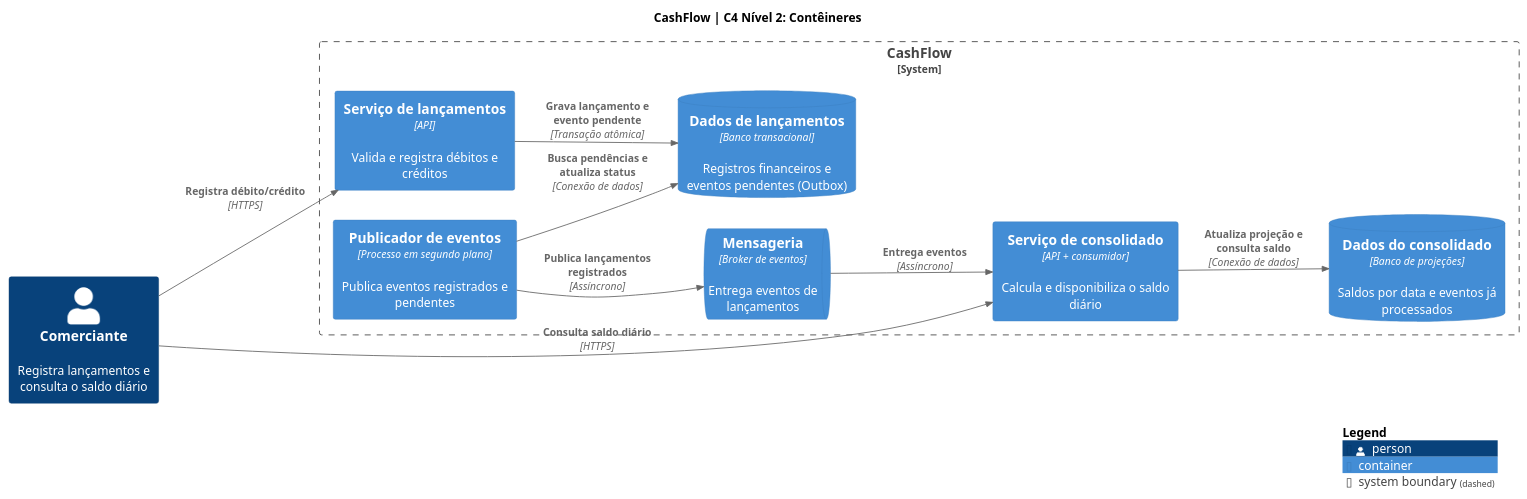
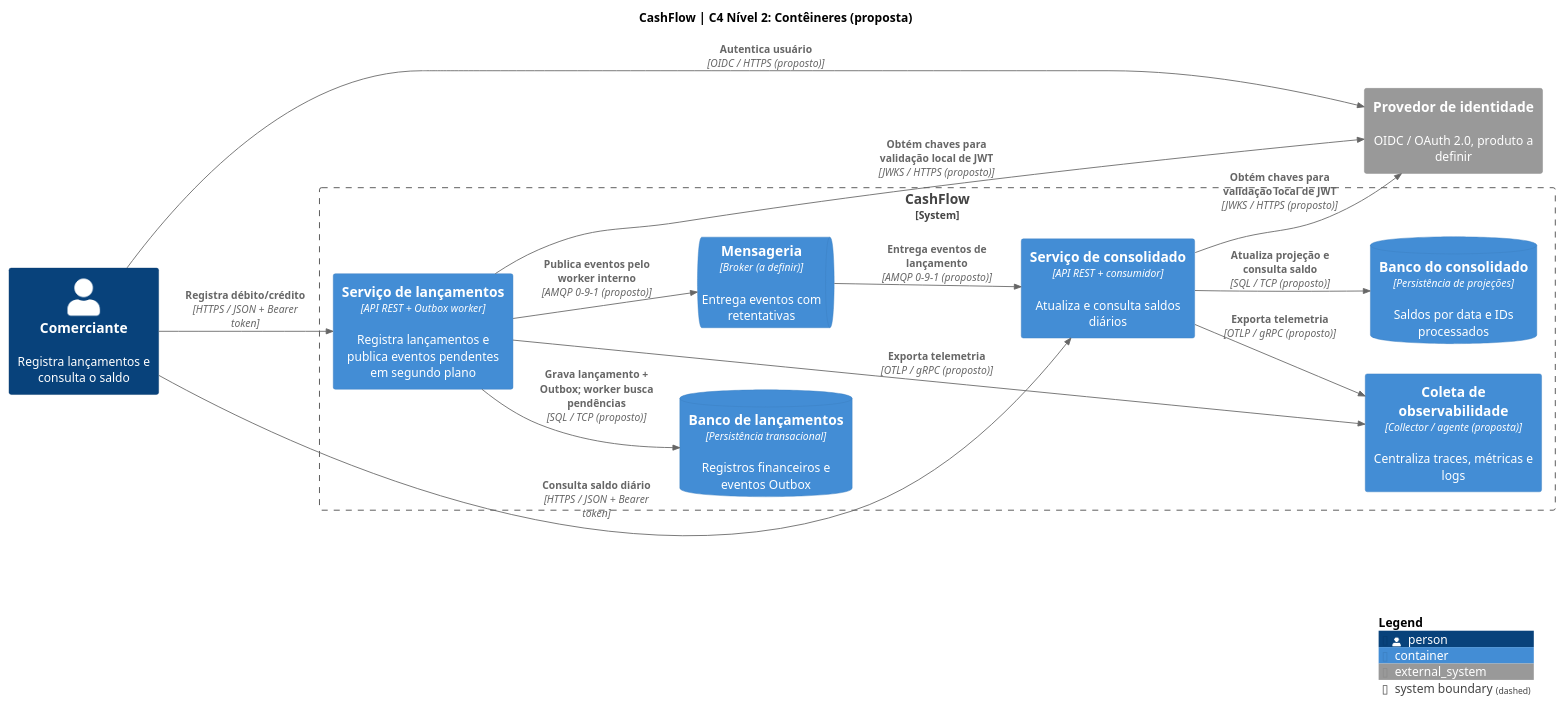
One commit to wolwerr/CashFlow-Architecture changed the diagram in docs/architecture/c4-containers.puml. Above: the diagram before and after it, drawn with PlantUML.

Commit message:
docs(architecture): embed outbox worker and proposed protocols/security/telemetry (#6)

```diff
--- a/docs/architecture/c4-containers.puml
+++ b/docs/architecture/c4-containers.puml
@@ -1,22 +1,27 @@
 @startuml CashFlow_Containers
 !include <C4/C4_Container>
-title CashFlow | C4 Nível 2: Contêineres
+title CashFlow | C4 Nível 2: Contêineres (proposta)
 LAYOUT_LEFT_RIGHT()
-Person(comerciante, "Comerciante", "Registra lançamentos e consulta o saldo diário")
+Person(comerciante, "Comerciante", "Registra lançamentos e consulta o saldo")
+System_Ext(identidade, "Provedor de identidade", "OIDC / OAuth 2.0, produto a definir")
 System_Boundary(cashflow, "CashFlow") {
-  Container(lancamentos, "Serviço de lançamentos", "API", "Valida e registra débitos e créditos")
-  ContainerDb(db_lancamentos, "Dados de lançamentos", "Banco transacional", "Registros financeiros e eventos pendentes (Outbox)")
-  Container(publicador, "Publicador de eventos", "Processo em segundo plano", "Publica eventos registrados e pendentes")
-  ContainerQueue(mensageria, "Mensageria", "Broker de eventos", "Entrega eventos de lançamentos")
-  Container(consolidado, "Serviço de consolidado", "API + consumidor", "Calcula e disponibiliza o saldo diário")
-  ContainerDb(db_consolidado, "Dados do consolidado", "Banco de projeções", "Saldos por data e eventos já processados")
+  Container(lancamentos, "Serviço de lançamentos", "API REST + Outbox worker", "Registra lançamentos e publica eventos pendentes em segundo plano")
+  ContainerDb(db_lancamentos, "Banco de lançamentos", "Persistência transacional", "Registros financeiros e eventos Outbox")
+  ContainerQueue(mensageria, "Mensageria", "Broker (a definir)", "Entrega eventos com retentativas")
+  Container(consolidado, "Serviço de consolidado", "API REST + consumidor", "Atualiza e consulta saldos diários")
+  ContainerDb(db_consolidado, "Banco do consolidado", "Persistência de projeções", "Saldos por data e IDs processados")
+  Container(telemetria, "Coleta de observabilidade", "Collector / agente (proposta)", "Centraliza traces, métricas e logs")
 }
-Rel(comerciante, lancamentos, "Registra débito/crédito", "HTTPS")
-Rel(comerciante, consolidado, "Consulta saldo diário", "HTTPS")
-Rel(lancamentos, db_lancamentos, "Grava lançamento e evento pendente", "Transação atômica")
-Rel(publicador, db_lancamentos, "Busca pendências e atualiza status", "Conexão de dados")
-Rel(publicador, mensageria, "Publica lançamentos registrados", "Assíncrono")
-Rel(mensageria, consolidado, "Entrega eventos", "Assíncrono")
-Rel(consolidado, db_consolidado, "Atualiza projeção e consulta saldo", "Conexão de dados")
+Rel(comerciante, identidade, "Autentica usuário", "OIDC / HTTPS (proposto)")
+Rel(comerciante, lancamentos, "Registra débito/crédito", "HTTPS / JSON + Bearer token")
+Rel(comerciante, consolidado, "Consulta saldo diário", "HTTPS / JSON + Bearer token")
+Rel(lancamentos, identidade, "Obtém chaves para validação local de JWT", "JWKS / HTTPS (proposto)")
+Rel(consolidado, identidade, "Obtém chaves para validação local de JWT", "JWKS / HTTPS (proposto)")
+Rel(lancamentos, db_lancamentos, "Grava lançamento + Outbox; worker busca pendências", "SQL / TCP (proposto)")
+Rel(lancamentos, mensageria, "Publica eventos pelo worker interno", "AMQP 0-9-1 (proposto)")
+Rel(mensageria, consolidado, "Entrega eventos de lançamento", "AMQP 0-9-1 (proposto)")
+Rel(consolidado, db_consolidado, "Atualiza projeção e consulta saldo", "SQL / TCP (proposto)")
+Rel(lancamentos, telemetria, "Exporta telemetria", "OTLP / gRPC (proposto)")
+Rel(consolidado, telemetria, "Exporta telemetria", "OTLP / gRPC (proposto)")
 SHOW_LEGEND()
 @enduml
```
